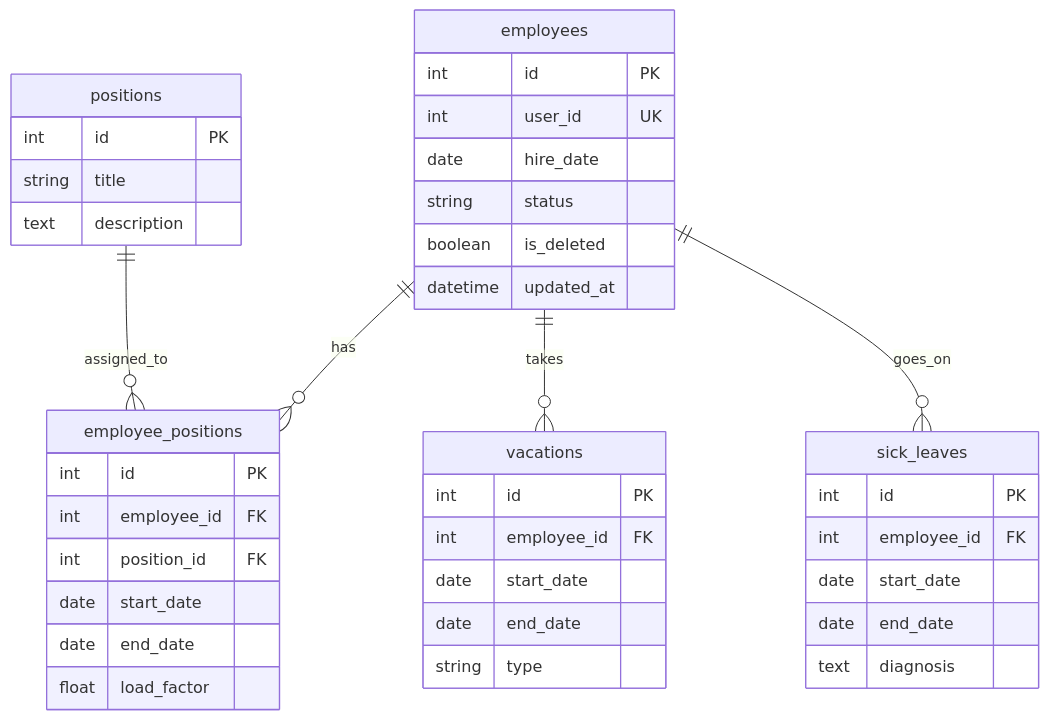
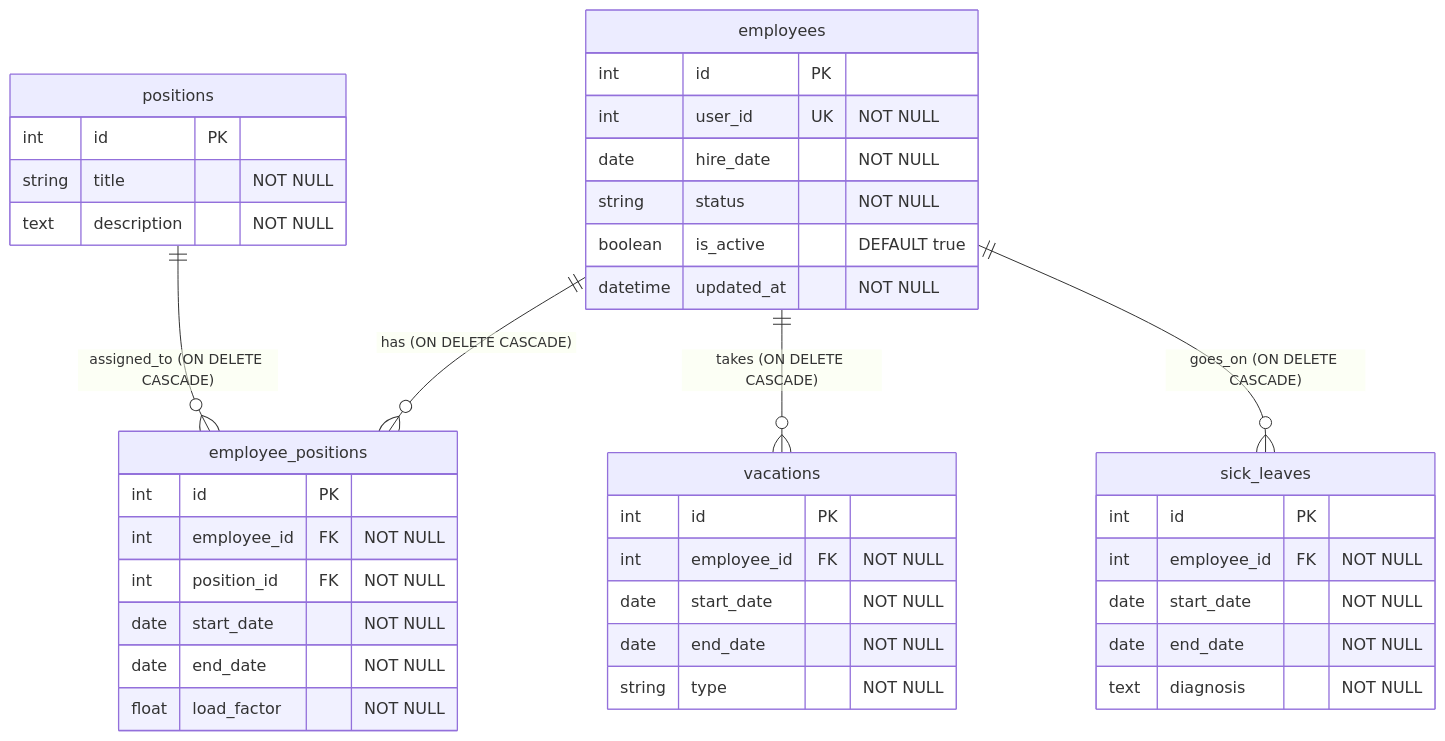
One commit to YuriSilenok/KPK_UP2_24-1P11 changed the diagram in S10/doc.md. Above: the diagram before and after it, drawn with Mermaid. The commit also changed other lines of this file, not shown here.

````diff
--- a/S10/doc.md
+++ b/S10/doc.md
@@ -115,43 +113,43 @@
 ```mermaid
 erDiagram
     employees {
         int id PK
-        int user_id UK
-        date hire_date
-        string status
-        boolean is_deleted
-        datetime updated_at
+        int user_id UK "NOT NULL"
+        date hire_date "NOT NULL"
+        string status "NOT NULL"
+        boolean is_active "DEFAULT true"
+        datetime updated_at "NOT NULL"
     }
     positions {
         int id PK
-        string title
-        text description
+        string title "NOT NULL"
+        text description "NOT NULL"
     }
     employee_positions {
         int id PK
-        int employee_id FK
-        int position_id FK
-        date start_date
-        date end_date
-        float load_factor
+        int employee_id FK "NOT NULL"
+        int position_id FK "NOT NULL"
+        date start_date "NOT NULL"
+        date end_date "NOT NULL"
+        float load_factor "NOT NULL"
     }
     vacations {
         int id PK
-        int employee_id FK
-        date start_date
-        date end_date
-        string type
+        int employee_id FK "NOT NULL"
+        date start_date "NOT NULL"
+        date end_date "NOT NULL"
+        string type "NOT NULL"
     }
     sick_leaves {
         int id PK
-        int employee_id FK
-        date start_date
-        date end_date
-        text diagnosis
+        int employee_id FK "NOT NULL"
+        date start_date "NOT NULL"
+        date end_date "NOT NULL"
+        text diagnosis "NOT NULL"
     }
 
-    employees ||--o{ employee_positions : "has"
-    positions ||--o{ employee_positions : "assigned_to"
-    employees ||--o{ vacations : "takes"
-    employees ||--o{ sick_leaves : "goes_on"
+    employees ||--o{ employee_positions : "has (ON DELETE CASCADE)"
+    positions ||--o{ employee_positions : "assigned_to (ON DELETE CASCADE)"
+    employees ||--o{ vacations : "takes (ON DELETE CASCADE)"
+    employees ||--o{ sick_leaves : "goes_on (ON DELETE CASCADE)"
 ```
````
